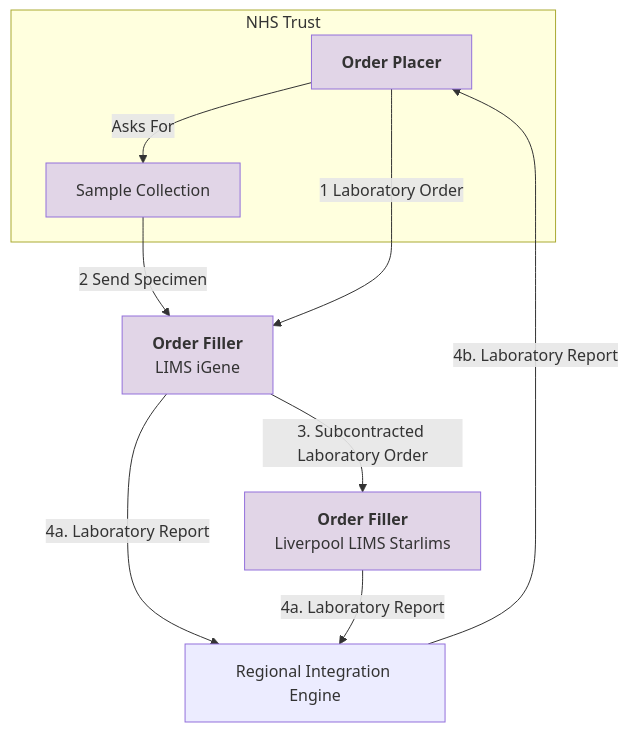
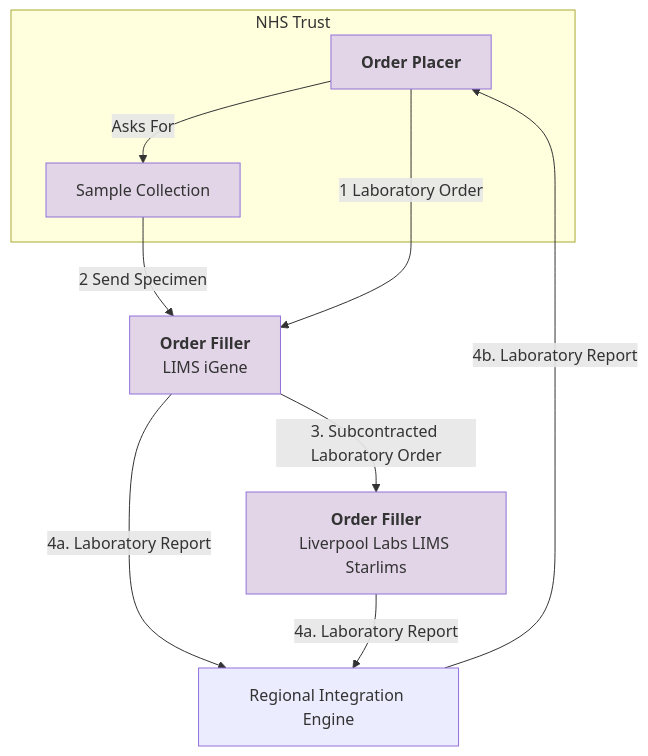
The sixth of 8 diagrams in input/pagecontent/introduction.md (uk-gov-mirror/nw-gmsa.nw-gmsa.github.com), drawn with Mermaid before and after one commit.

Commit message:
starlims

````diff
--- a/input/pagecontent/introduction.md
+++ b/input/pagecontent/introduction.md
@@ -206,18 +206,18 @@
 ```mermaid
 graph TD;
     subgraph NHSTrustA[NHS Trust]
         EPRA[<b>Order Placer</b>] --> |Asks For| SpecimenA[Sample Collection]
     end
  
     SpecimenA --> |2 Send Specimen| LIMSA
     EPRA --> |1 Laboratory Order| LIMSA[<b>Order Filler</b><br/>LIMS iGene]
     
-    LIMSA --> |3. Subcontracted Laboratory Order| LIMSB[<b>Order Filler</b><br/>Liverpool LIMS Starlims]
+    LIMSA --> |3. Subcontracted Laboratory Order| LIMSB[<b>Order Filler</b><br/>Liverpool Labs LIMS Starlims]
     
     LIMSA --> |4a. Laboratory Report| RIE[Regional Integration Engine]
     LIMSB --> |4a. Laboratory Report| RIE
     RIE --> |4b. Laboratory Report| EPRA
     
     classDef purple fill:#E1D5E7;
     class EPRA,SpecimenA,LIMSA,LIMSB purple;
 ```
````
